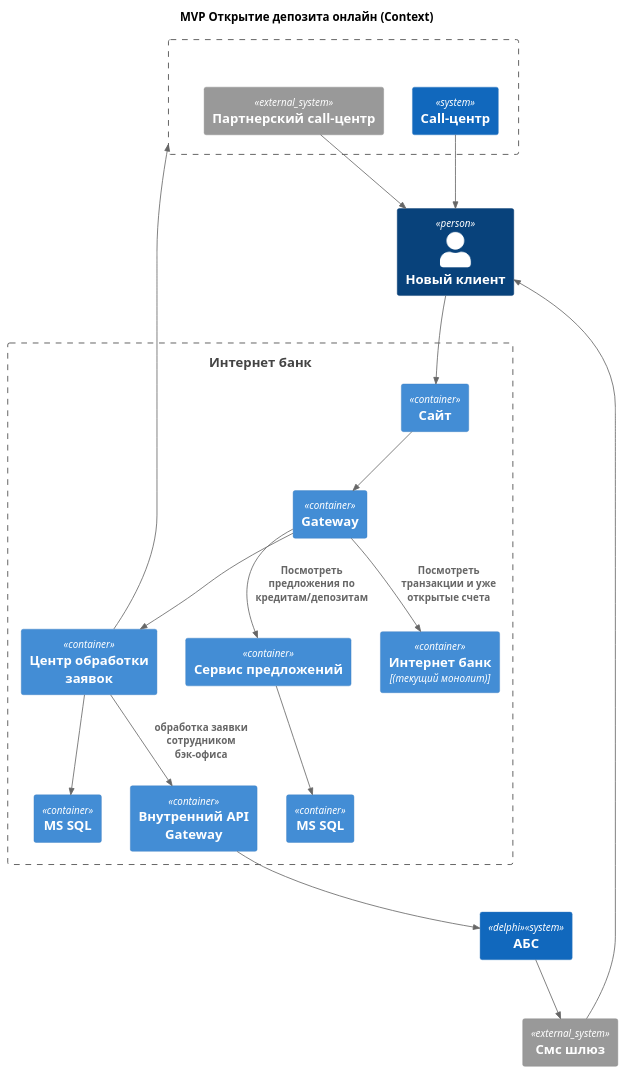
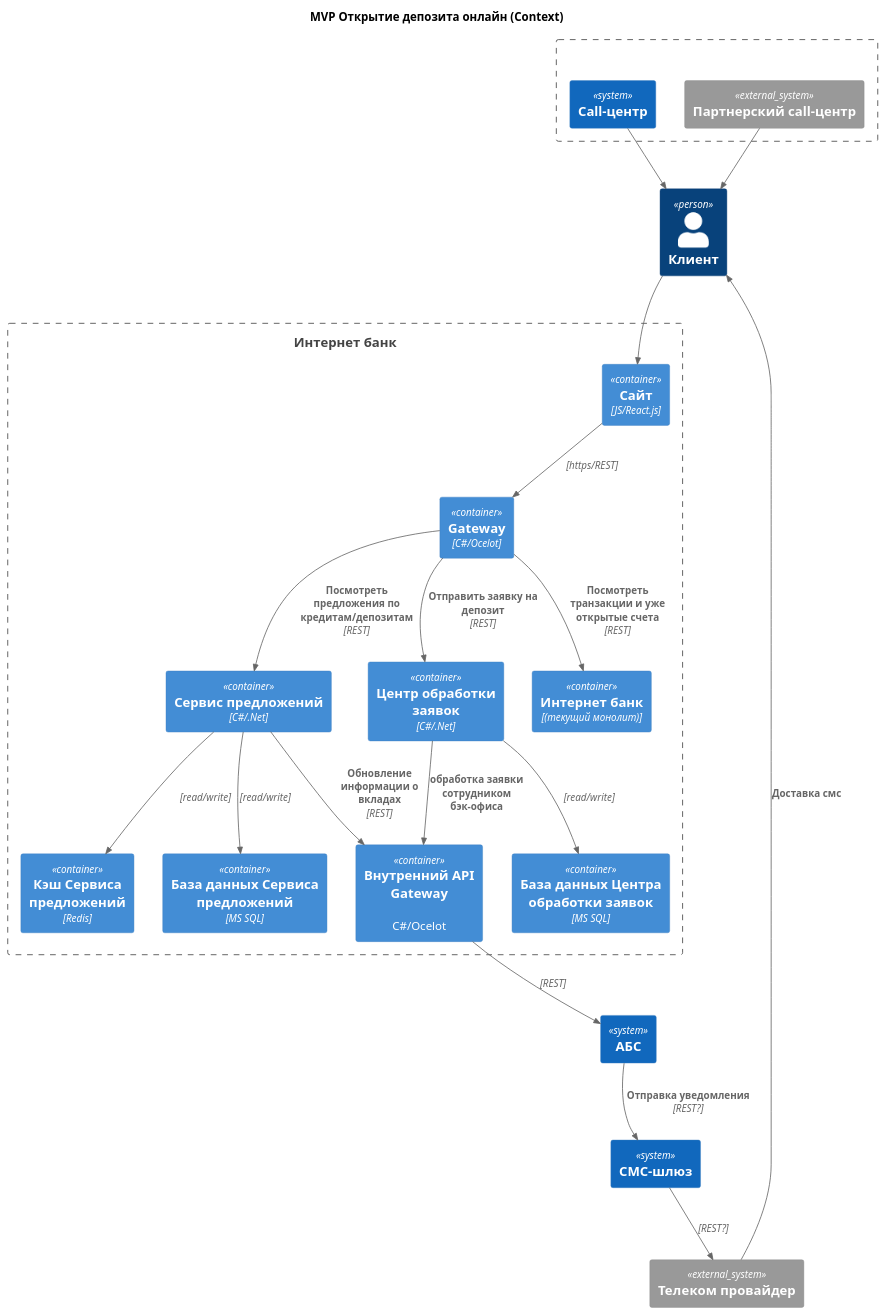
Before and after one commit to bugurshik/architecture-pro-standart: the diagram in Task3/containers.puml, drawn with PlantUML. The commit also changed 14 other files, not shown here.

```diff
--- a/Task3/containers.puml
+++ b/Task3/containers.puml
@@ -1,52 +1,63 @@
 @startuml Открытие депозита - Context Diagram
 !include https://raw.githubusercontent.com/plantuml-stdlib/C4-PlantUML/master/C4_Container.puml
 
 title MVP Открытие депозита онлайн (Context)
-Person(customer, "Новый клиент", "")
+AddRelTag("asyncLine", $lineStyle=DashedLine())
+
+Person(customer, "Клиент", "")
 
 
 Boundary(bank, "Интернет банк", ""){
-    Container(site, "Сайт")
-    Container(gateway, "Gateway")
-    Container(offers_service, "Сервис предложений")
-    Container(offers_service_db, "MS SQL")
-    Container(customer_center, "Центр обработки заявок")
-    Container(customer_center_db, "MS SQL")
+    Container(site, "Сайт", "JS/React.js")
+    Container(gateway, "Gateway", "C#/Ocelot")
+
+    Container(offers_service, "Сервис предложений", "C#/.Net")
+    Container(offers_service_db, "База данных Сервиса предложений", "MS SQL")
+    Container(offers_service_cache, "Кэш Сервиса предложений", "Redis")
+
+    Container(customer_center, "Центр обработки заявок", "C#/.Net")
+    Container(customer_center_db, "База данных Центра обработки заявок", "MS SQL")
     Container(internet_bank, "Интернет банк", "(текущий монолит)", "")
-    Container(internal_gateway, "Внутренний API Gateway", "", "", "")
+    Container(internal_gateway, "Внутренний API Gateway", "", "C#/Ocelot", "")
 }
+
+System(sms_gateway, "СМС-шлюз")
+System_Ext(sms_provider, "Телеком провайдер")
 
 Boundary(b, "", ""){
     System(call_office, "Сall-центр")
     System_Ext(ext_call_office, "Партнерский call-центр")
 }
 
+System(abc, "АБС", "", "", "")
 
-System(abc, "АБС", "", "", "delphi")
-System_Ext(sms_gateway, "Смс шлюз")
+Rel(customer, site, "")
+Rel(call_office, customer, "")
+
+' В задании смс-шлюз и телеком-провайдер уже существуют, но там не указаны технические подробности 
+Rel(abc, sms_gateway, "Отправка уведомления", "REST?")
+Rel(sms_gateway, sms_provider, "", "REST?")
+Rel(sms_provider, customer, "Доставка смс")
+
+Rel(site, gateway, "", "https/REST")
 
 
-Rel(customer, site, "")
-Rel(abc, sms_gateway, "")
-Rel(call_office, customer, "")
-Rel(sms_gateway, customer, "")
+Rel(offers_service, offers_service_db, "", "read/write")
+Rel(offers_service, offers_service_cache, "", "read/write")
 
-Rel(site, gateway, "")
-
-Rel(offers_service, offers_service_db, "")
-
-Rel(gateway, internet_bank, "Посмотреть транзакции и уже открытые счета")
-Rel(gateway, offers_service, "Посмотреть предложения по кредитам/депозитам")
-Rel(gateway, customer_center, "")
+Rel(gateway, internet_bank, "Посмотреть транзакции и уже открытые счета", "REST")
+Rel(gateway, offers_service, "Посмотреть предложения по кредитам/депозитам", "REST")
+Rel(gateway, customer_center, "Отправить заявку на депозит", "REST")
 
 Rel(ext_call_office, customer, "")
-Rel(customer_center, b, "")
-Rel(customer_center, customer_center_db, "")
+
+Rel(customer_center, customer_center_db, "", "read/write")
 
 Rel(customer_center, internal_gateway, "обработка заявки сотрудником бэк-офиса")
-Rel(internal_gateway, abc, "")
+Rel(internal_gateway, abc, "", "REST")
+Rel(offers_service, internal_gateway, "Обновление информации о вкладах", "REST")
 
 Lay_D(customer, site)
 Lay_D(customer, abc)
 
 @enduml
```
